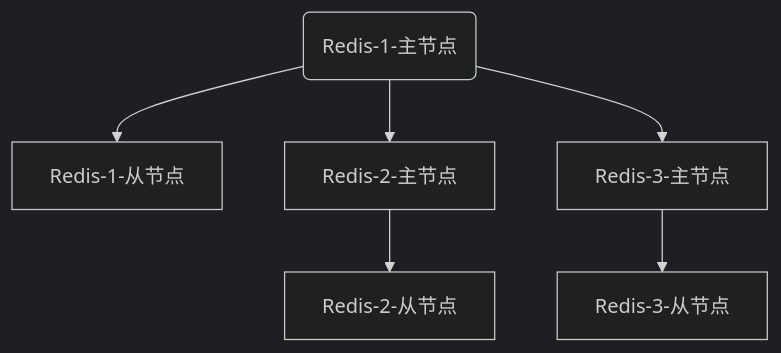
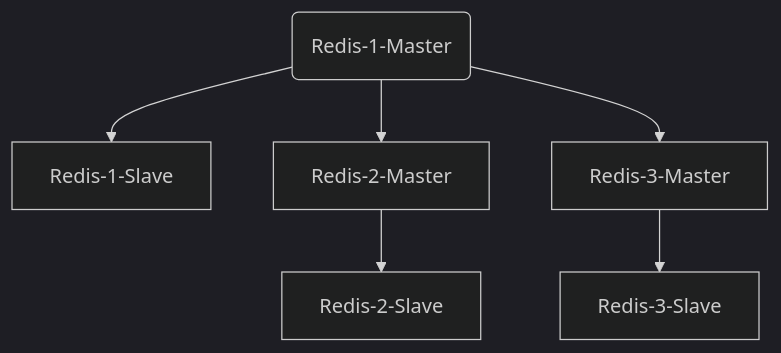
One commit to liuxu379/liuxu379.github.io changed the diagram in _posts/2019-12-3-Redis-Cluster-集群.md. Above: the diagram before and after it, drawn with Mermaid (dark theme). The commit also changed other lines of this file and 2 other files, not shown here.

````diff
--- a/_posts/2019-12-3-Redis-Cluster-集群.md
+++ b/_posts/2019-12-3-Redis-Cluster-集群.md
@@ -25,9 +51,9 @@
 ``` mermaid
 graph TD
-A(Redis-1-主节点)
-A --> B[Redis-1-从节点]
-A --> C[Redis-2-主节点]
-A --> D[Redis-3-主节点]
-C --> E[Redis-2-从节点]
-D --> F[Redis-3-从节点]
+A(Redis-1-Master)
+A --> B[Redis-1-Slave]
+A --> C[Redis-2-Master]
+A --> D[Redis-3-Master]
+C --> E[Redis-2-Slave]
+D --> F[Redis-3-Slave]
 ```
````
